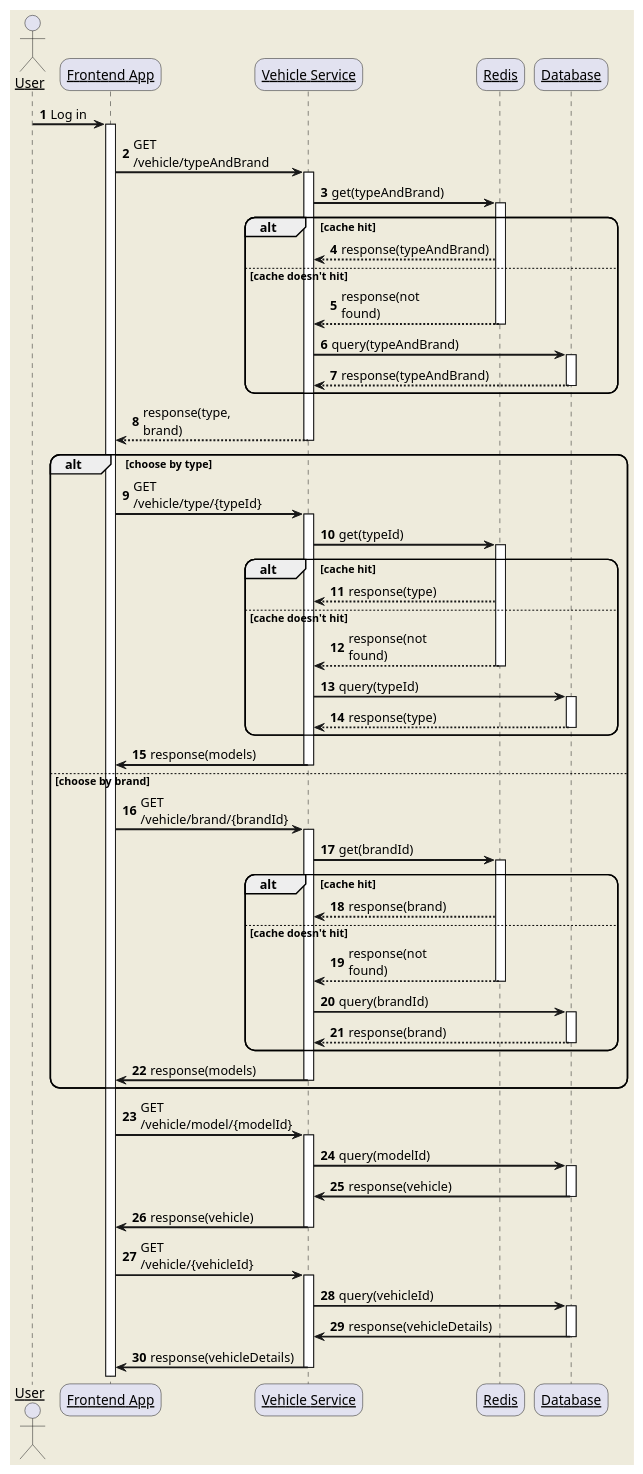
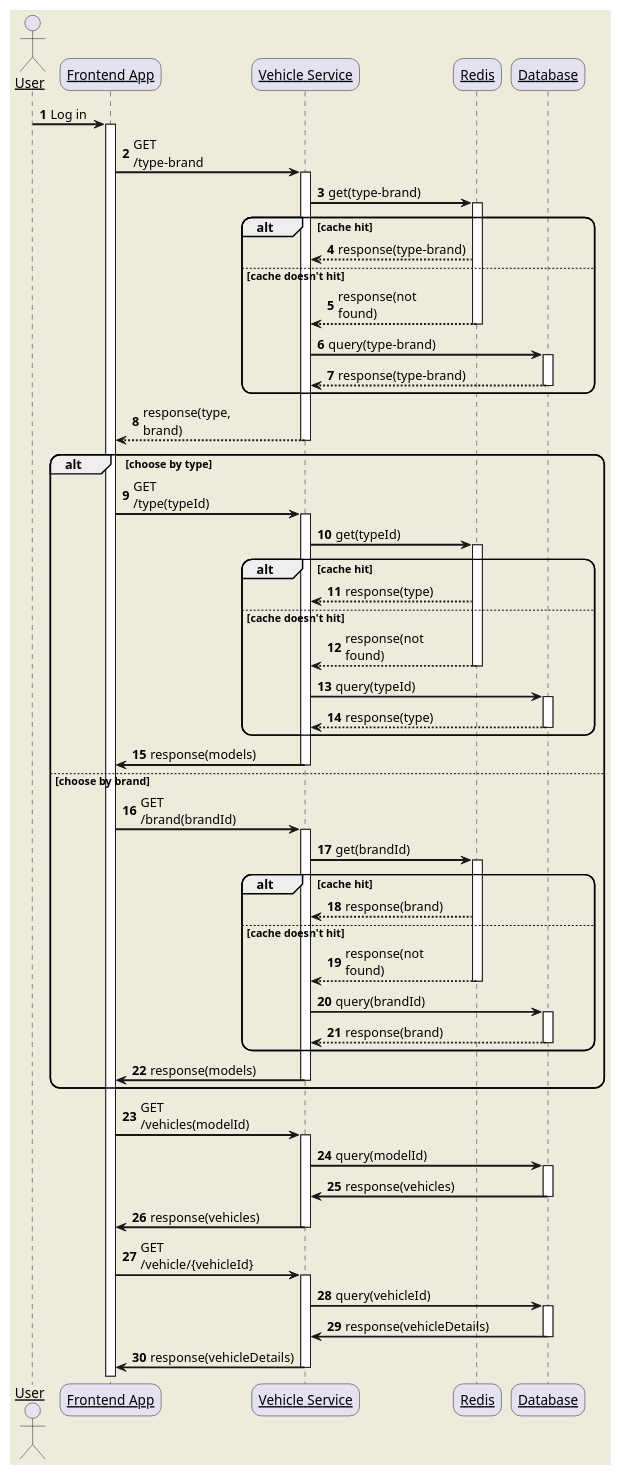
One commit to Hannibal0416/modern-renting-service changed the diagram in doc/sequence/vehicle/vehicle-with-redis.puml. Above: the diagram before and after it, drawn with PlantUML. The commit also changed 7 other files, not shown here.

```diff
--- a/doc/sequence/vehicle/vehicle-with-redis.puml
+++ b/doc/sequence/vehicle/vehicle-with-redis.puml
@@ -1,96 +1,96 @@
 @startuml
 skinparam backgroundColor #EEEBDC
 skinparam handwritten false
 skinparam sequenceArrowThickness 2
 skinparam roundcorner 20
 skinparam maxmessagesize 60
 skinparam sequenceParticipant underline
 
 actor User
 participant "Frontend App" as Frontend
 participant "Vehicle Service" as VehicleService
 participant "Redis" as Redis
 participant "Database" as Database
 
 autonumber 1
 User -> Frontend: Log in
 activate Frontend
 
-Frontend -> VehicleService: GET /vehicle/typeAndBrand
+Frontend -> VehicleService: GET /type-brand
 activate VehicleService
 
-VehicleService -> Redis: get(typeAndBrand)
+VehicleService -> Redis: get(type-brand)
 activate Redis
 alt cache hit
-   Redis --> VehicleService: response(typeAndBrand)
+   Redis --> VehicleService: response(type-brand)
 else cache doesn't hit
    Redis --> VehicleService: response(not found)
    deactivate Redis
-   VehicleService -> Database: query(typeAndBrand)
+   VehicleService -> Database: query(type-brand)
    activate Database
-   Database --> VehicleService: response(typeAndBrand)
+   Database --> VehicleService: response(type-brand)
    deactivate Database
 end
 
 VehicleService --> Frontend: response(type, brand)
 deactivate VehicleService
 
 alt choose by type
-    Frontend -> VehicleService: GET /vehicle/type/{typeId}
+    Frontend -> VehicleService: GET /type(typeId)
     activate VehicleService
 
     VehicleService -> Redis: get(typeId)
     activate Redis
     alt cache hit
        Redis --> VehicleService: response(type)
     else cache doesn't hit
        Redis --> VehicleService: response(not found)
        deactivate Redis
        VehicleService -> Database: query(typeId)
        activate Database
        Database --> VehicleService: response(type)
        deactivate Database
     end
 
     VehicleService -> Frontend: response(models)
     deactivate VehicleService
 else choose by brand
-    Frontend -> VehicleService: GET /vehicle/brand/{brandId}
+    Frontend -> VehicleService: GET /brand(brandId)
     activate VehicleService
 
     VehicleService -> Redis: get(brandId)
     activate Redis
     alt cache hit
        Redis --> VehicleService: response(brand)
     else cache doesn't hit
        Redis --> VehicleService: response(not found)
        deactivate Redis
        VehicleService -> Database: query(brandId)
        activate Database
        Database --> VehicleService: response(brand)
        deactivate Database
     end
 
     VehicleService -> Frontend: response(models)
     deactivate VehicleService
 end
 
-Frontend -> VehicleService : GET /vehicle/model/{modelId}
+Frontend -> VehicleService : GET /vehicles(modelId)
 activate VehicleService
 VehicleService -> Database : query(modelId)
 activate Database
-Database -> VehicleService: response(vehicle)
+Database -> VehicleService: response(vehicles)
 deactivate Database
-VehicleService -> Frontend: response(vehicle)
+VehicleService -> Frontend: response(vehicles)
 deactivate VehicleService
 
 Frontend -> VehicleService : GET /vehicle/{vehicleId}
 activate VehicleService
 VehicleService -> Database : query(vehicleId)
 activate Database
 Database -> VehicleService: response(vehicleDetails)
 deactivate Database
 VehicleService -> Frontend: response(vehicleDetails)
 deactivate VehicleService
 
 @enduml
```
